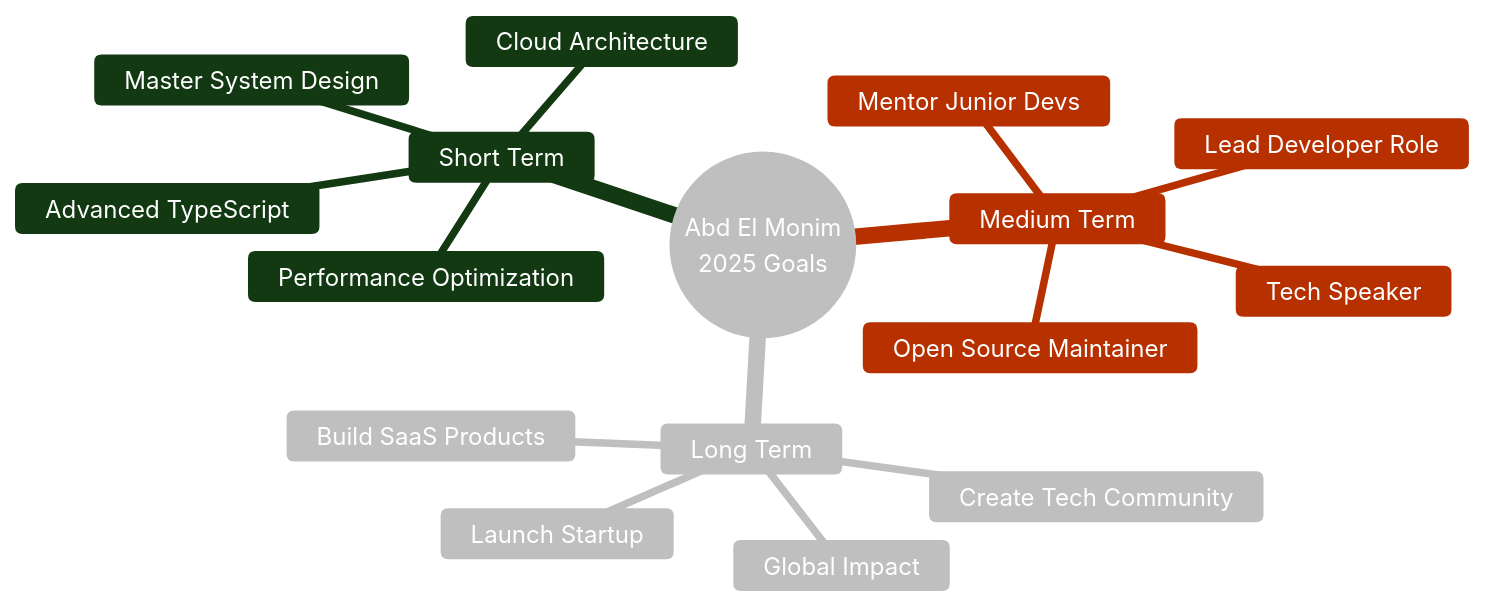
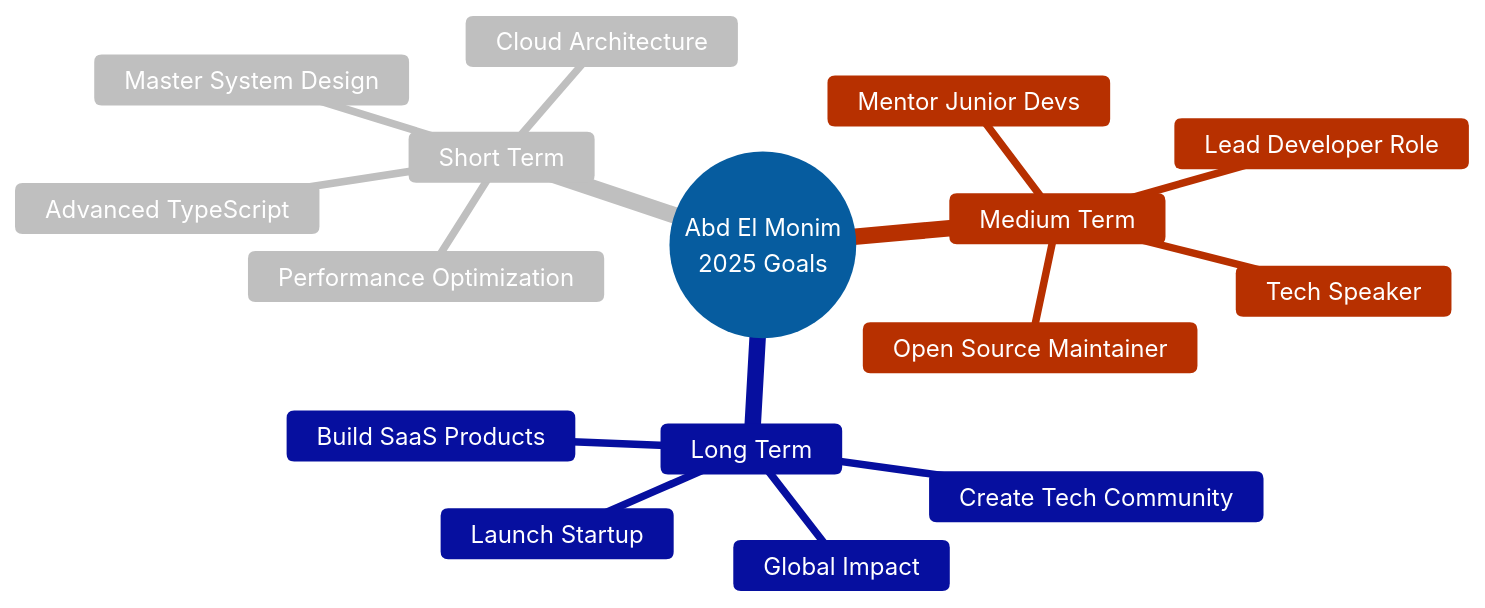
One commit to ABDE777/ABDE777 changed the first of 2 diagrams in README.md. Above: the diagram before and after it, drawn with Mermaid.

````diff
--- a/README.md
+++ b/README.md
@@ -124,20 +124,20 @@
 ```mermaid
-%%{init: {'theme':'base', 'themeVariables': { 'primaryColor':'#ffffff', 'primaryTextColor':'#fff', 'primaryBorderColor':'#1e88e5', 'lineColor':'#64b5f6', 'secondaryColor':'#339933', 'tertiaryColor':'#ff6c37'}}}%%
+%%{init: {'theme':'base', 'themeVariables': { 'primaryColor':'#2e9ef7', 'primaryTextColor':'#fff', 'primaryBorderColor':'#1e88e5', 'lineColor':'#64b5f6', 'secondaryColor':'#ffffff', 'tertiaryColor':'#ff6c37'}}}%%
 mindmap
   root((Abd El Monim<br/>2025 Goals))
     Short Term
       Master System Design
       Cloud Architecture
       Advanced TypeScript
       Performance Optimization
     Medium Term
       Lead Developer Role
       Mentor Junior Devs
       Tech Speaker
       Open Source Maintainer
     Long Term
       Launch Startup
       Build SaaS Products
       Create Tech Community
       Global Impact
 ```
````
